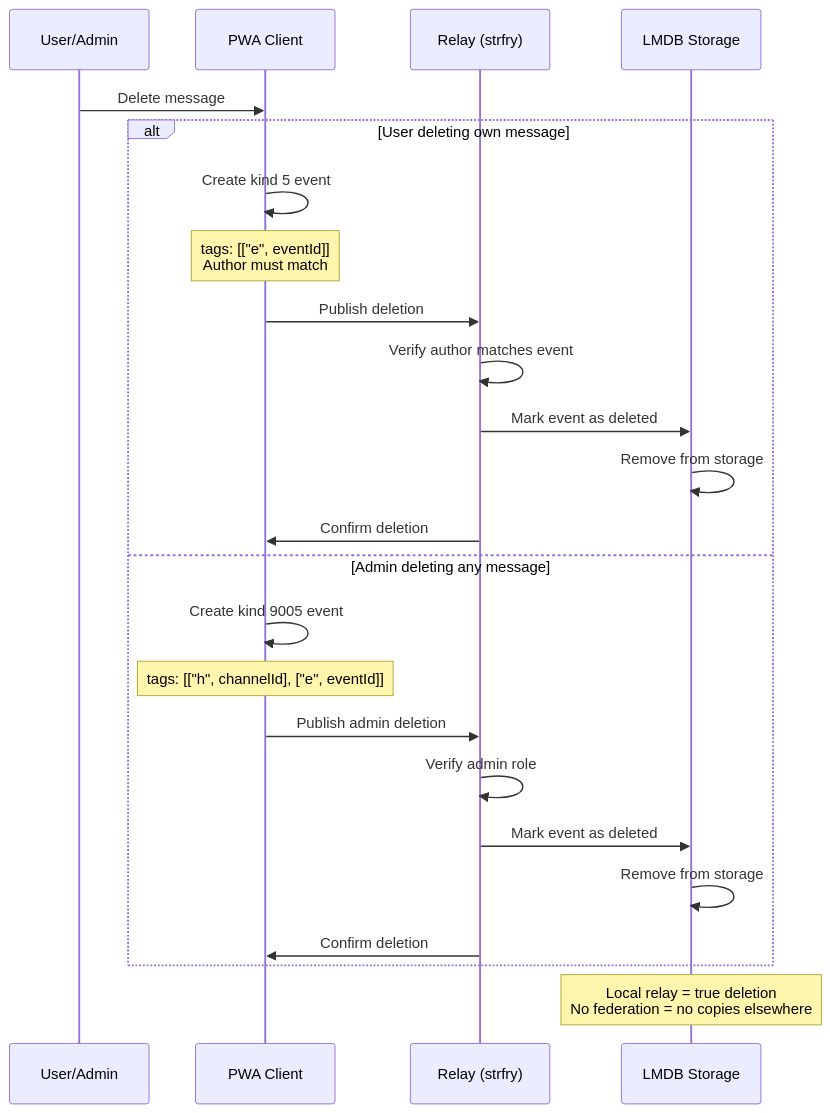
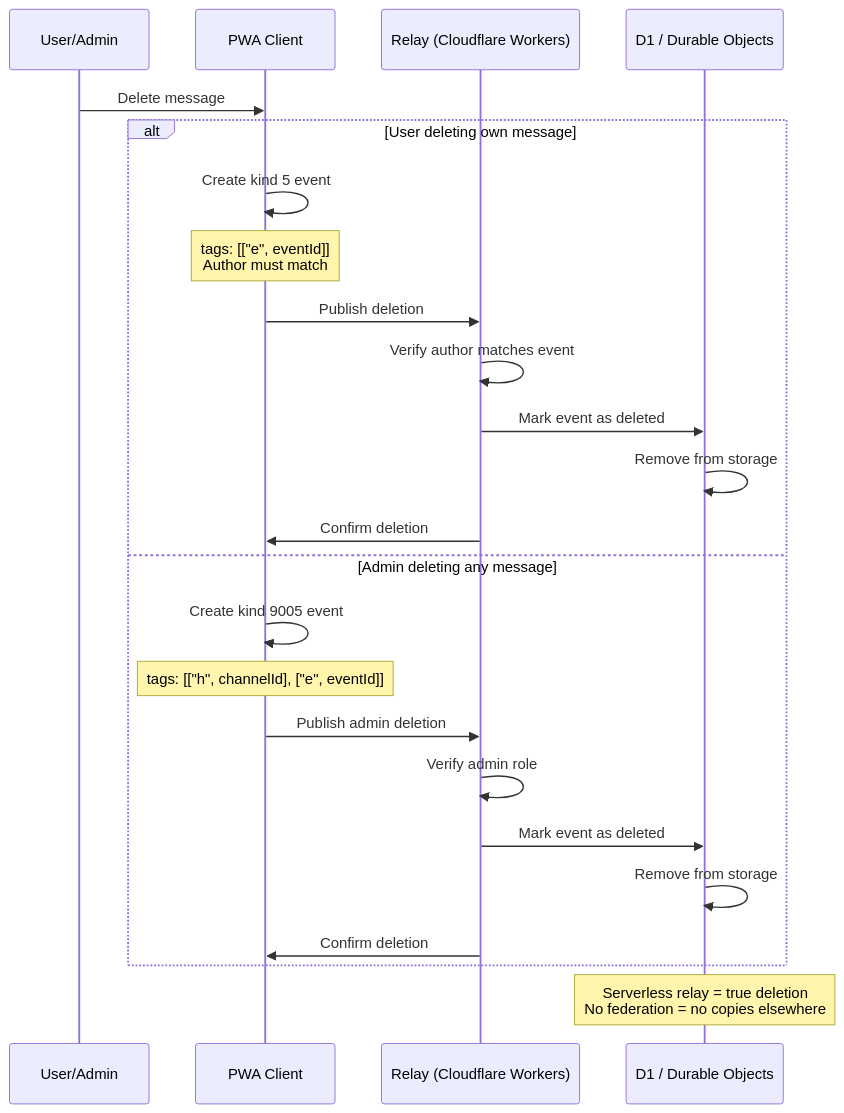
One commit to jjohare/minimoonoir changed the seventh of 8 diagrams in docs/sparc/03-pseudocode.md. Above: the diagram before and after it, drawn with Mermaid. The commit also changed other lines of this file and 27 other files, not shown here.

First line of the commit message:
chore: deprecate Docker architecture, update docs for serverless

````diff
--- a/docs/sparc/03-pseudocode.md
+++ b/docs/sparc/03-pseudocode.md
@@ -730,29 +730,29 @@
 ```mermaid
 sequenceDiagram
     participant U as User/Admin
     participant PWA as PWA Client
-    participant R as Relay (strfry)
-    participant DB as LMDB Storage
+    participant R as Relay (Cloudflare Workers)
+    participant DB as D1 / Durable Objects
 
     U->>PWA: Delete message
 
     alt User deleting own message
         PWA->>PWA: Create kind 5 event
         Note over PWA: tags: [["e", eventId]]<br/>Author must match
         PWA->>R: Publish deletion
         R->>R: Verify author matches event
         R->>DB: Mark event as deleted
         DB->>DB: Remove from storage
         R->>PWA: Confirm deletion
     else Admin deleting any message
         PWA->>PWA: Create kind 9005 event
         Note over PWA: tags: [["h", channelId], ["e", eventId]]
         PWA->>R: Publish admin deletion
         R->>R: Verify admin role
         R->>DB: Mark event as deleted
         DB->>DB: Remove from storage
         R->>PWA: Confirm deletion
     end
 
-    Note over DB: Local relay = true deletion<br/>No federation = no copies elsewhere
+    Note over DB: Serverless relay = true deletion<br/>No federation = no copies elsewhere
 ```
````
